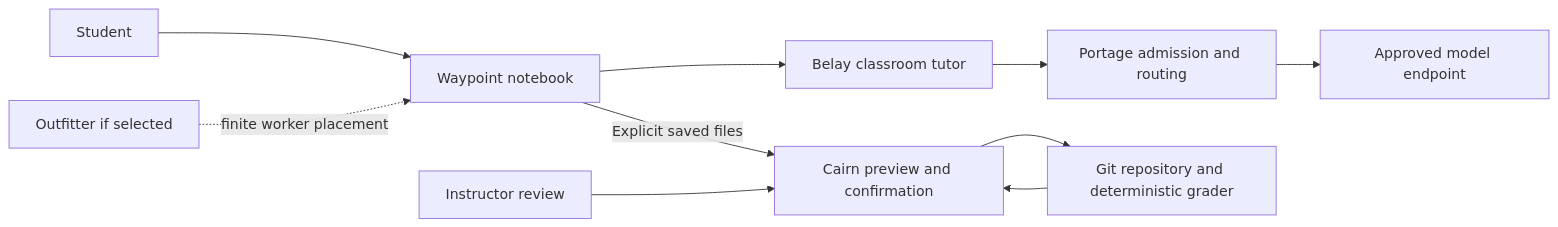
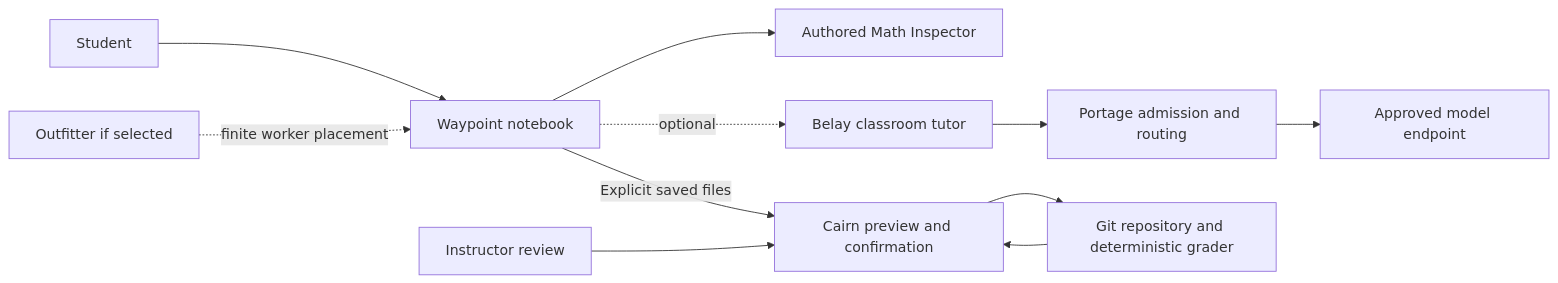
Before and after one commit to EduCloud-Ecosystem/educloud: the diagram in docs/pilot/INTEGRATION.md, drawn with Mermaid. The commit also changed other lines of this file and 10 other files, not shown here.

````diff
--- a/docs/pilot/INTEGRATION.md
+++ b/docs/pilot/INTEGRATION.md
@@ -26,12 +27,13 @@
 ```mermaid
 flowchart LR
   S[Student] --> W[Waypoint notebook]
-  W --> B[Belay classroom tutor]
+  W --> H[Authored Math Inspector]
+  W -. optional .-> B[Belay classroom tutor]
   B --> P[Portage admission and routing]
   P --> M[Approved model endpoint]
   W -->|Explicit saved files| C[Cairn preview and confirmation]
   C --> G[Git repository and deterministic grader]
   G --> C
   I[Instructor review] --> C
   O[Outfitter if selected] -. finite worker placement .-> W
 ```
````
